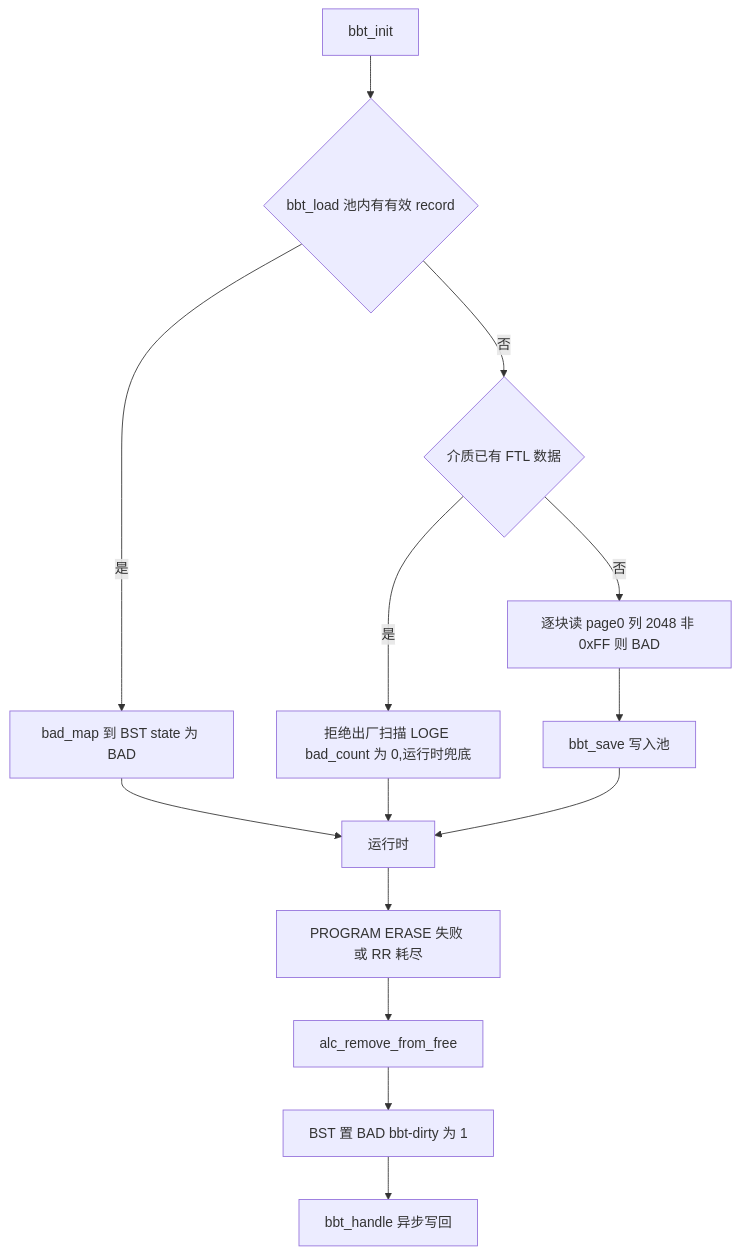
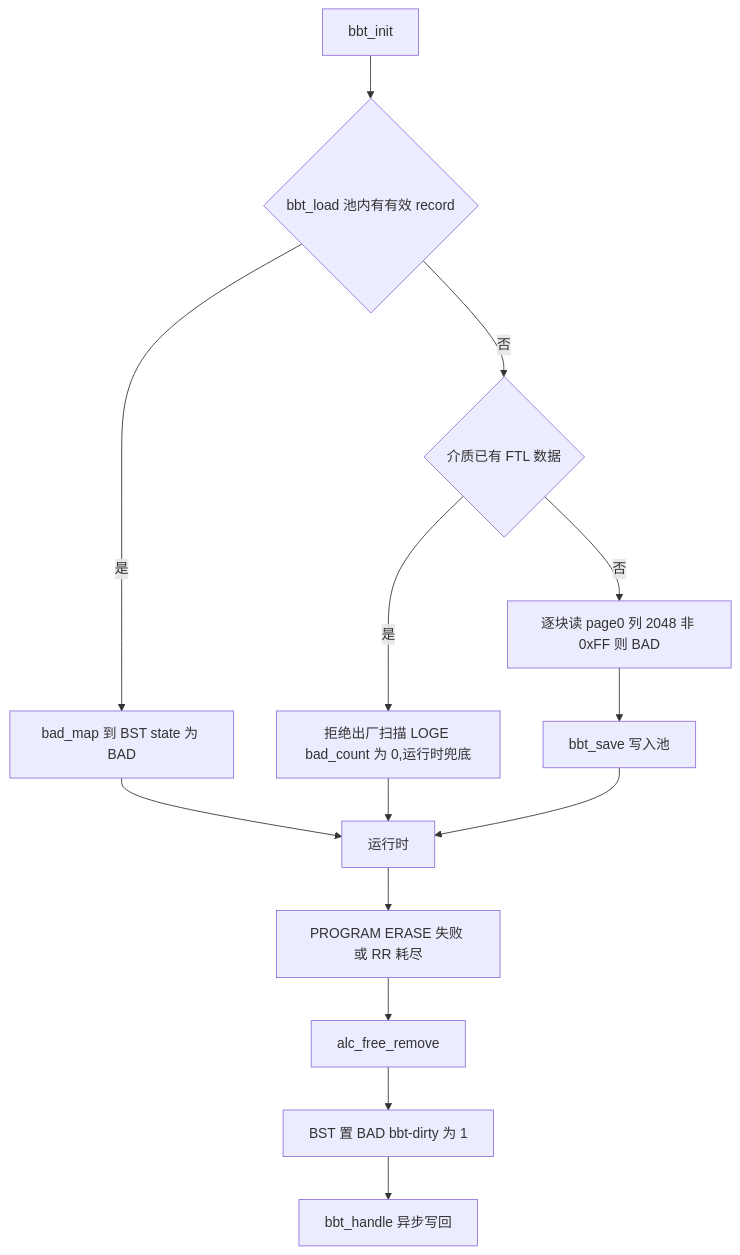
One commit to YzYMIAO/BASESSD changed the eighth of 32 diagrams in docs/design/ftl_design.md. Above: the diagram before and after it, drawn with Mermaid. The commit also changed other lines of this file and 24 other files, not shown here.

````diff
--- a/docs/design/ftl_design.md
+++ b/docs/design/ftl_design.md
@@ -1473,16 +1473,16 @@
 ```mermaid
 flowchart TD
     INIT["bbt_init"] --> LOAD{"bbt_load 池内有有效 record"}
     LOAD -- "是" --> REBUILD["bad_map 到 BST state 为 BAD"]
     LOAD -- "否" --> USED{"介质已有 FTL 数据"}
     USED -- "是" --> REJECT["拒绝出厂扫描 LOGE bad_count 为 0,运行时兜底"]
     USED -- "否" --> SCAN["逐块读 page0 列 2048 非 0xFF 则 BAD"]
     SCAN --> SAVE["bbt_save 写入池"]
     REBUILD --> RUN["运行时"]
     REJECT --> RUN
     SAVE --> RUN
     RUN --> MARK["PROGRAM ERASE 失败 或 RR 耗尽"]
-    MARK --> EXPEL["alc_remove_from_free"]
+    MARK --> EXPEL["alc_free_remove"]
     EXPEL --> BAD["BST 置 BAD bbt-dirty 为 1"]
     BAD --> KICK["bbt_handle 异步写回"]
 ```
````
